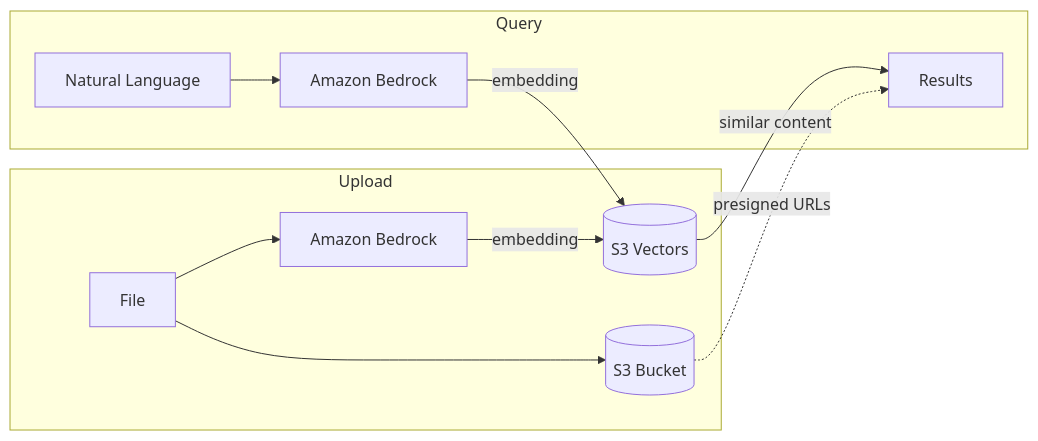
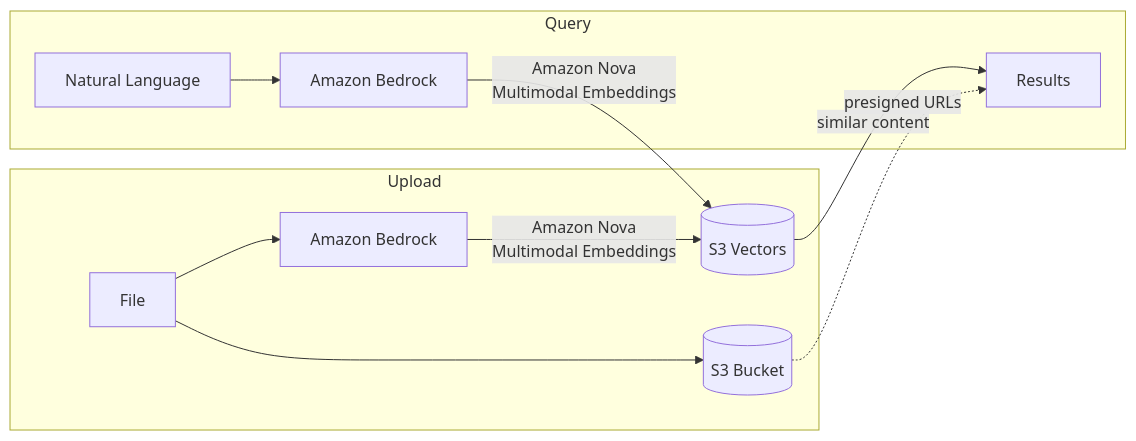
Before and after one commit to danilop/semstash: the first of 3 diagrams in README.md, drawn with Mermaid.

Commit message:
Replace embedding with Amazon Nova Multimodal Embeddings in diagram

````diff
--- a/README.md
+++ b/README.md
@@ -13,15 +13,15 @@
 ```mermaid
 flowchart LR
     subgraph Upload
         F[File] --> S3[(S3 Bucket)]
         F --> Bedrock[Amazon Bedrock]
-        Bedrock --> |embedding| SV[(S3 Vectors)]
+        Bedrock --> |Amazon Nova<br/>Multimodal Embeddings| SV[(S3 Vectors)]
     end
 
     subgraph Query
         Q[Natural Language] --> Bedrock2[Amazon Bedrock]
-        Bedrock2 --> |embedding| SV
+        Bedrock2 --> |Amazon Nova<br/>Multimodal Embeddings| SV
         SV --> |similar content| R[Results]
         S3 -.-> |presigned URLs| R
     end
 ```
````
